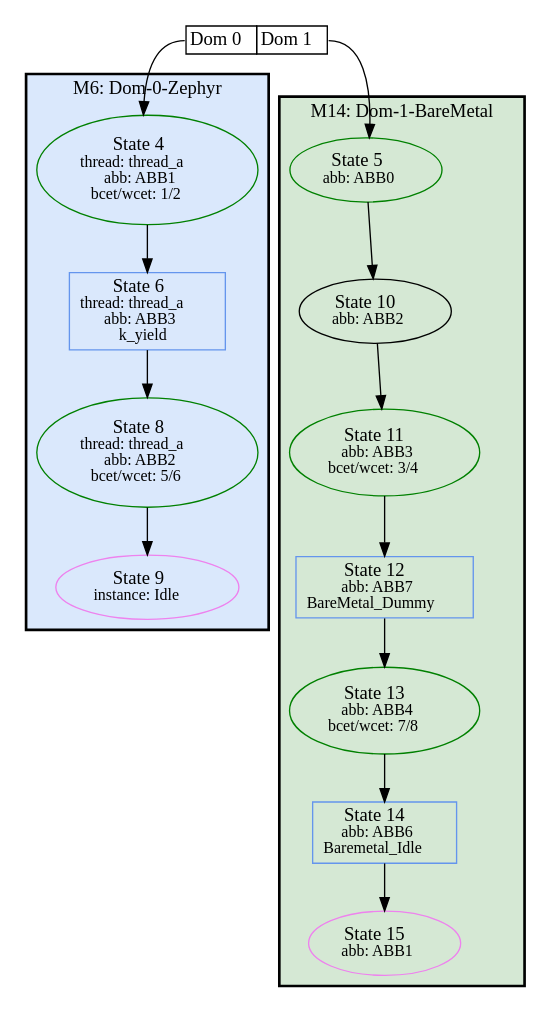
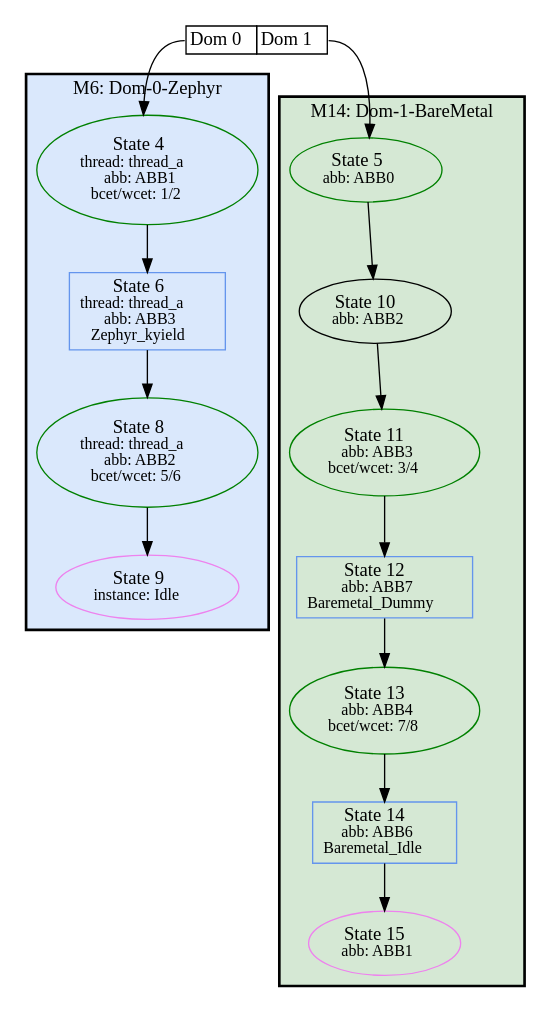
One commit to luhsra/ara changed the diagram in appl/Xen/min-zb/HyperSSE.min-zb.hstg.dot. Above: the diagram before and after it, drawn with Graphviz. The commit also changed 119 other files, not shown here.

```diff
--- a/appl/Xen/min-zb/HyperSSE.min-zb.hstg.dot
+++ b/appl/Xen/min-zb/HyperSSE.min-zb.hstg.dot
@@ -1,38 +1,38 @@
 digraph G {
 label="";
 1 [label=<<TABLE BORDER="0" CELLBORDER="1" CELLSPACING="0"><TR><TD PORT="c0">Dom 0</TD><TD PORT="c1">Dom 1</TD></TR></TABLE>>, shape=plaintext, tooltip=1];
 subgraph cluster_6 {
 bgcolor="#DAE8FC";
 label="M6: Dom-0-Zephyr";
 style=bold;
 2 [color=green, fontsize=14, label=<State 4<br/><font point-size='12'>thread: thread_a<br/>abb: ABB1<br/>bcet/wcet: 1/2</font>>, style=solid, tooltip=2];
-3 [color=cornflowerblue, fontsize=14, label=<State 6<br/><font point-size='12'>thread: thread_a<br/>abb: ABB3<br/>k_yield</font>>, shape=box, tooltip=3];
+3 [color=cornflowerblue, fontsize=14, label=<State 6<br/><font point-size='12'>thread: thread_a<br/>abb: ABB3<br/>Zephyr_kyield</font>>, shape=box, tooltip=3];
 4 [color=green, fontsize=14, label=<State 8<br/><font point-size='12'>thread: thread_a<br/>abb: ABB2<br/>bcet/wcet: 5/6</font>>, style=solid, tooltip=4];
 5 [color=violet, fontsize=14, label=<State 9<br/><font point-size='12'>instance: Idle</font>>, style=solid, tooltip=5];
 }
 
 subgraph cluster_14 {
 bgcolor="#D5E8D4";
 label="M14: Dom-1-BareMetal";
 style=bold;
 7 [color=green, fontsize=14, label=<State 5<br/><font point-size='12'>abb: ABB0</font>>, style=solid, tooltip=7];
 8 [fontsize=14, label=<State 10<br/><font point-size='12'>abb: ABB2</font>>, tooltip=8];
 9 [color=green, fontsize=14, label=<State 11<br/><font point-size='12'>abb: ABB3<br/>bcet/wcet: 3/4</font>>, style=solid, tooltip=9];
-10 [color=cornflowerblue, fontsize=14, label=<State 12<br/><font point-size='12'>abb: ABB7<br/>BareMetal_Dummy</font>>, shape=box, tooltip=10];
+10 [color=cornflowerblue, fontsize=14, label=<State 12<br/><font point-size='12'>abb: ABB7<br/>Baremetal_Dummy</font>>, shape=box, tooltip=10];
 11 [color=green, fontsize=14, label=<State 13<br/><font point-size='12'>abb: ABB4<br/>bcet/wcet: 7/8</font>>, style=solid, tooltip=11];
 12 [color=cornflowerblue, fontsize=14, label=<State 14<br/><font point-size='12'>abb: ABB6<br/>Baremetal_Idle</font>>, shape=box, tooltip=12];
 13 [color=violet, fontsize=14, label=<State 15<br/><font point-size='12'>abb: ABB1</font>>, style=solid, tooltip=13];
 }
 
 1:c0 -> 2  [color=black];
 1:c1 -> 7  [color=black];
 2 -> 3  [color=black];
 3 -> 4  [color=black];
 4 -> 5  [color=black];
 7 -> 8  [color=black];
 8 -> 9  [color=black];
 9 -> 10  [color=black];
 10 -> 11  [color=black];
 11 -> 12  [color=black];
 12 -> 13  [color=black];
 }
```
